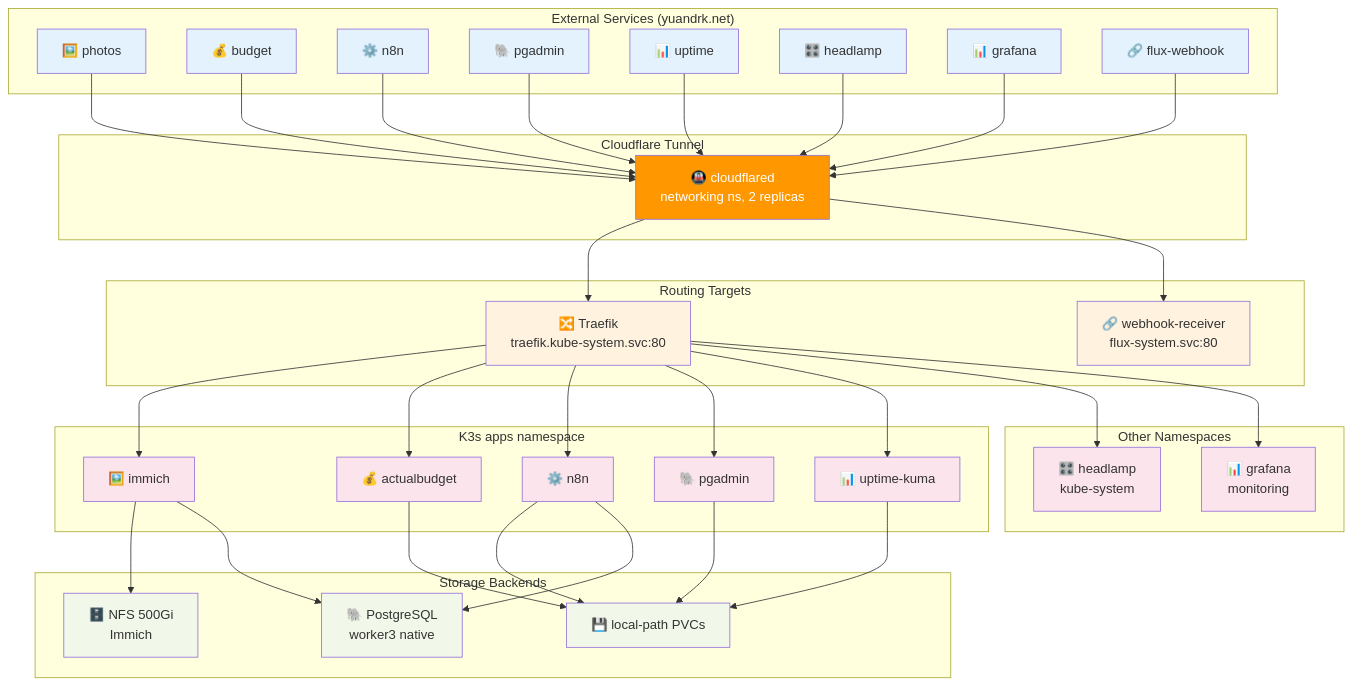
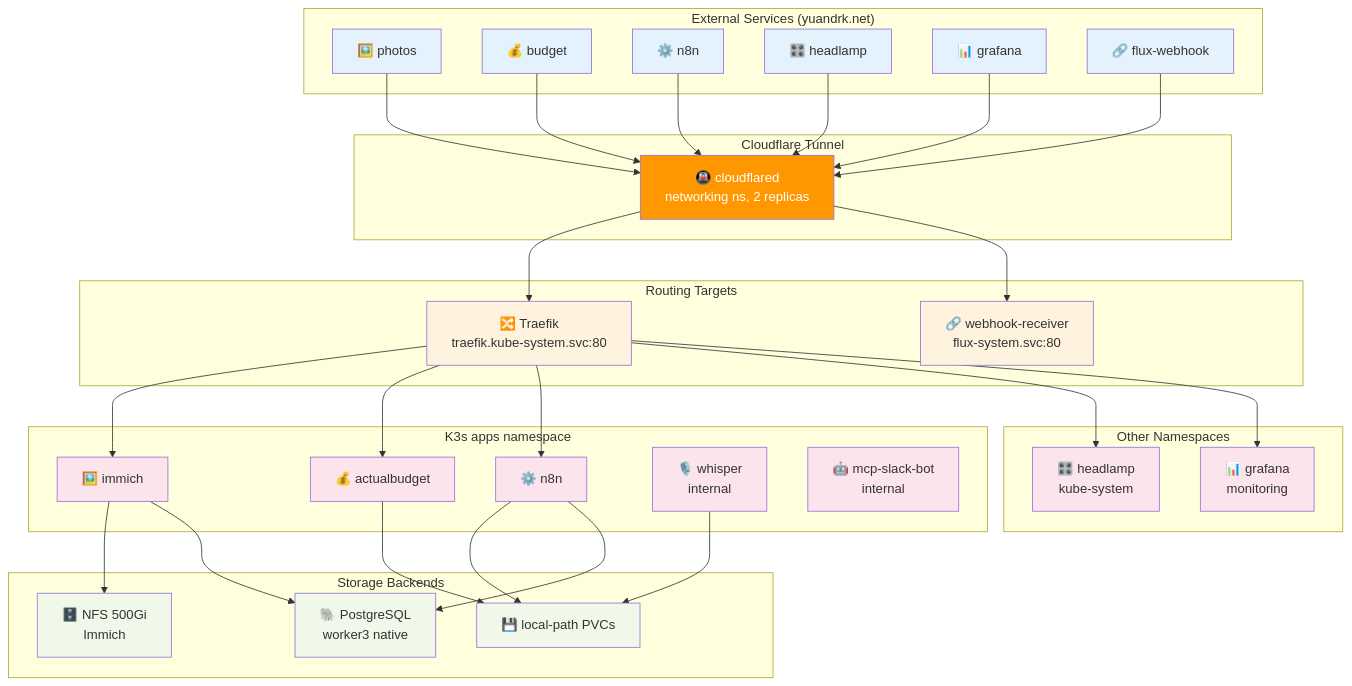
Before and after one commit to yuandrk/homelabops: the fifth of 6 diagrams in docs/architecture-diagrams.md, drawn with Mermaid. The commit also changed other lines of this file and 16 other files, not shown here.

````diff
--- a/docs/architecture-diagrams.md
+++ b/docs/architecture-diagrams.md
@@ -277,8 +268,6 @@
         Photos[🖼️ photos]
         Budget[💰 budget]
         N8nExt[⚙️ n8n]
-        PgAdminExt[🐘 pgadmin]
-        Uptime[📊 uptime]
         HeadlampExt[🎛️ headlamp]
         GrafanaExt[📊 grafana]
         Webhook[🔗 flux-webhook]
@@ -297,8 +286,8 @@
         ImmichApp[🖼️ immich]
         ActualApp[💰 actualbudget]
         N8nApp[⚙️ n8n]
-        PgAdminApp[🐘 pgadmin]
-        UptimeApp[📊 uptime-kuma]
+        WhisperApp[🎙️ whisper<br/>internal]
+        MCPBotApp[🤖 mcp-slack-bot<br/>internal]
     end
 
     subgraph "Other Namespaces"
@@ -316,8 +305,6 @@
     Photos --> CFT
     Budget --> CFT
     N8nExt --> CFT
-    PgAdminExt --> CFT
-    Uptime --> CFT
     HeadlampExt --> CFT
     GrafanaExt --> CFT
     Webhook --> CFT
@@ -330,16 +317,13 @@
     TraefikSvc --> ImmichApp
     TraefikSvc --> ActualApp
     TraefikSvc --> N8nApp
-    TraefikSvc --> PgAdminApp
-    TraefikSvc --> UptimeApp
     TraefikSvc --> HeadlampApp
     TraefikSvc --> GrafanaApp
 
     %% Storage
     ActualApp --> LocalPV
-    UptimeApp --> LocalPV
     N8nApp --> LocalPV
-    PgAdminApp --> LocalPV
+    WhisperApp --> LocalPV
     ImmichApp --> NFSPV
     ImmichApp --> PG
     N8nApp --> PG
@@ -350,9 +334,9 @@
     classDef k8s fill:#fce4ec
     classDef storage fill:#f1f8e9
 
-    class Photos,Budget,N8nExt,PgAdminExt,Uptime,HeadlampExt,GrafanaExt,Webhook external
+    class Photos,Budget,N8nExt,HeadlampExt,GrafanaExt,Webhook external
     class CFT tunnel
     class TraefikSvc,WebhookSvc host
-    class ImmichApp,ActualApp,N8nApp,PgAdminApp,UptimeApp,HeadlampApp,GrafanaApp k8s
+    class ImmichApp,ActualApp,N8nApp,WhisperApp,MCPBotApp,HeadlampApp,GrafanaApp k8s
     class LocalPV,NFSPV,PG storage
 ```
````
